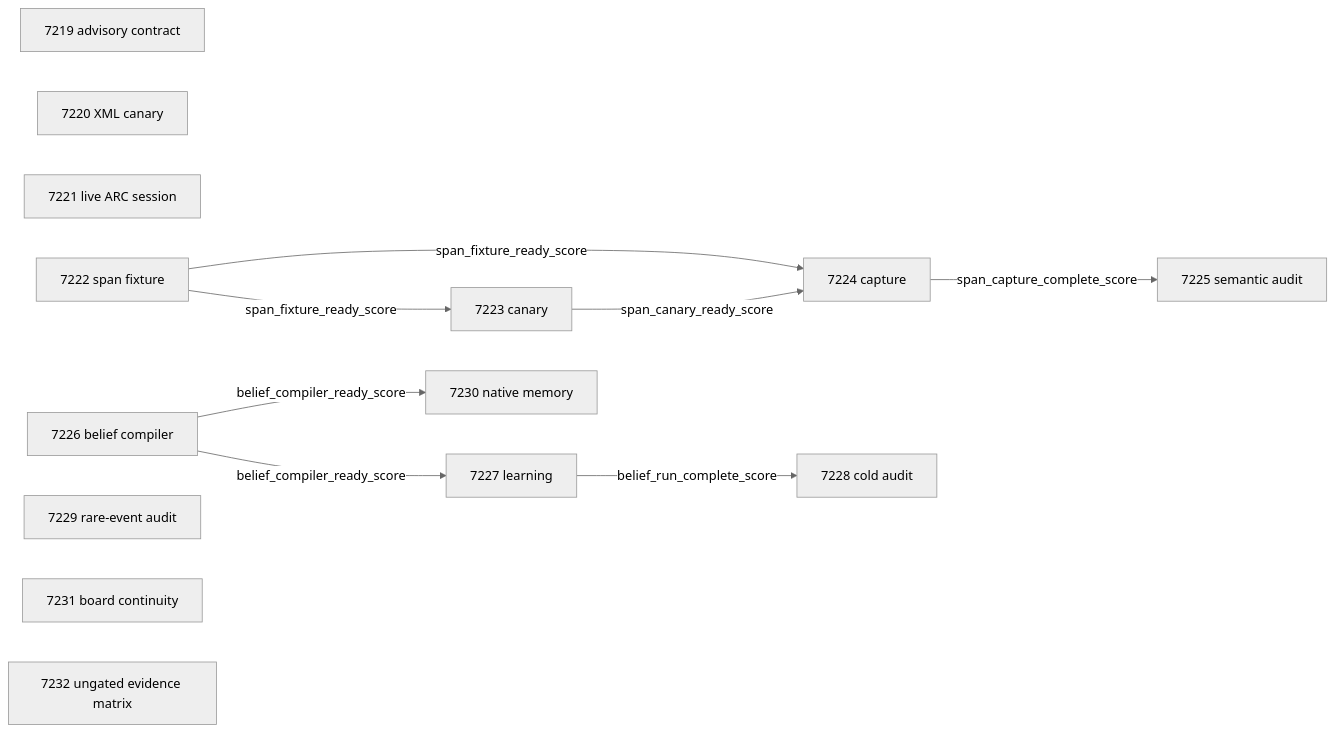
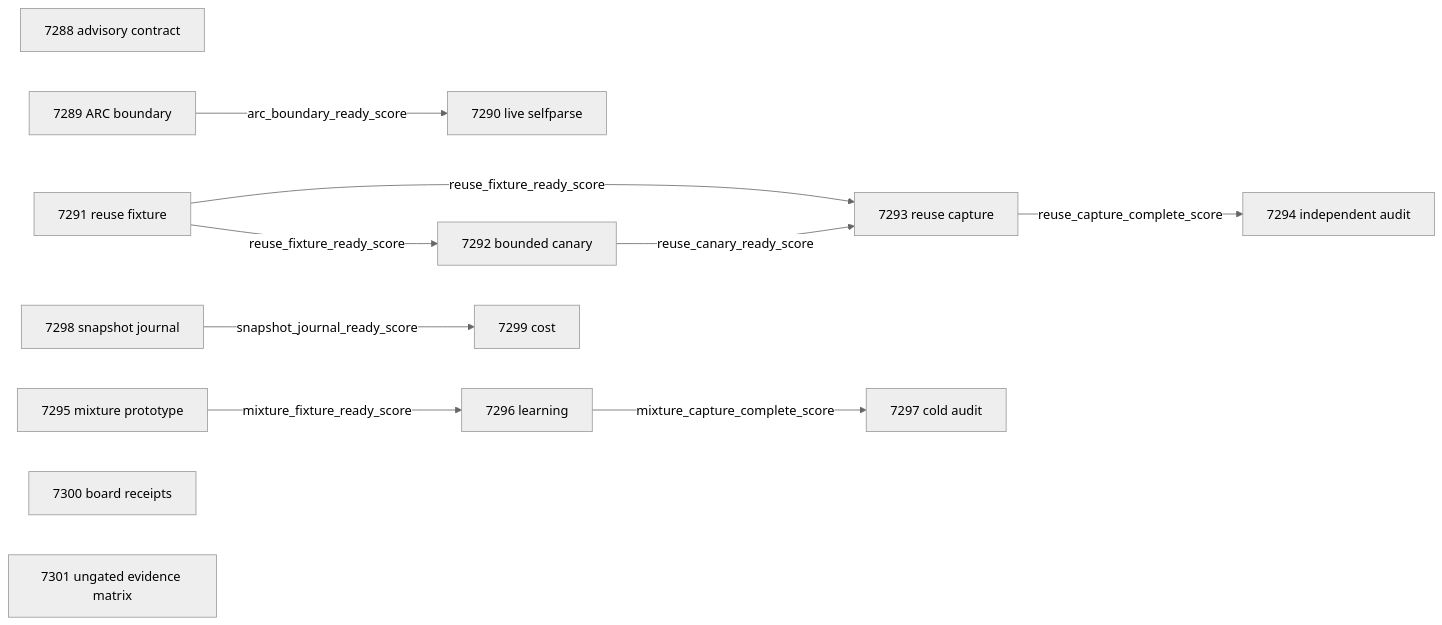
One commit to Carnot-EBM/carnot-ebm changed the diagram in openspec/change-proposals/research-roadmap-vNEXT.md. Above: the diagram before and after it, drawn with Mermaid (neutral theme). The commit also changed other lines of this file and 7 other files, not shown here.

````diff
--- a/openspec/change-proposals/research-roadmap-vNEXT.md
+++ b/openspec/change-proposals/research-roadmap-vNEXT.md
@@ -191,16 +277,14 @@
 ```mermaid
 flowchart LR
-  A[7219 advisory contract]
-  B[7220 XML canary]
-  C[7221 live ARC session]
-  D[7222 span fixture] -->|span_fixture_ready_score| E[7223 canary]
-  D -->|span_fixture_ready_score| F[7224 capture]
-  E -->|span_canary_ready_score| F
-  F -->|span_capture_complete_score| G[7225 semantic audit]
-  H[7226 belief compiler] -->|belief_compiler_ready_score| I[7227 learning]
-  I -->|belief_run_complete_score| J[7228 cold audit]
-  H -->|belief_compiler_ready_score| L[7230 native memory]
-  K[7229 rare-event audit]
-  M[7231 board continuity]
-  N[7232 ungated evidence matrix]
+  A[7288 advisory contract]
+  B[7289 ARC boundary] -->|arc_boundary_ready_score| C[7290 live selfparse]
+  D[7291 reuse fixture] -->|reuse_fixture_ready_score| E[7292 bounded canary]
+  D -->|reuse_fixture_ready_score| F[7293 reuse capture]
+  E -->|reuse_canary_ready_score| F
+  F -->|reuse_capture_complete_score| G[7294 independent audit]
+  H[7295 mixture prototype] -->|mixture_fixture_ready_score| I[7296 learning]
+  I -->|mixture_capture_complete_score| J[7297 cold audit]
+  K[7298 snapshot journal] -->|snapshot_journal_ready_score| L[7299 cost]
+  M[7300 board receipts]
+  N[7301 ungated evidence matrix]
 ```
````
